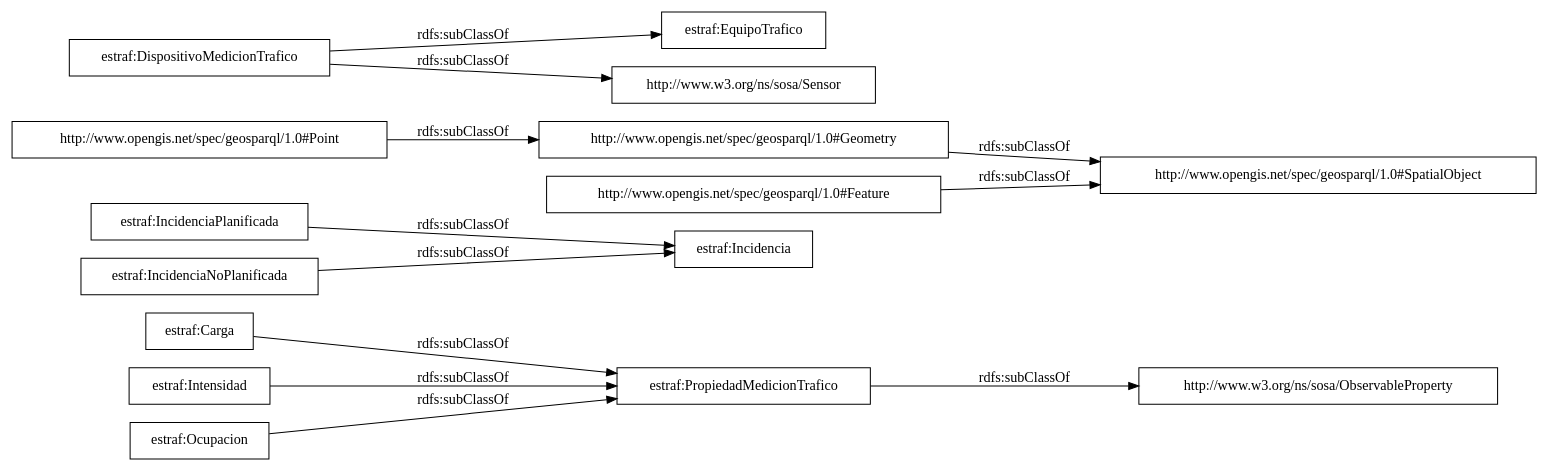
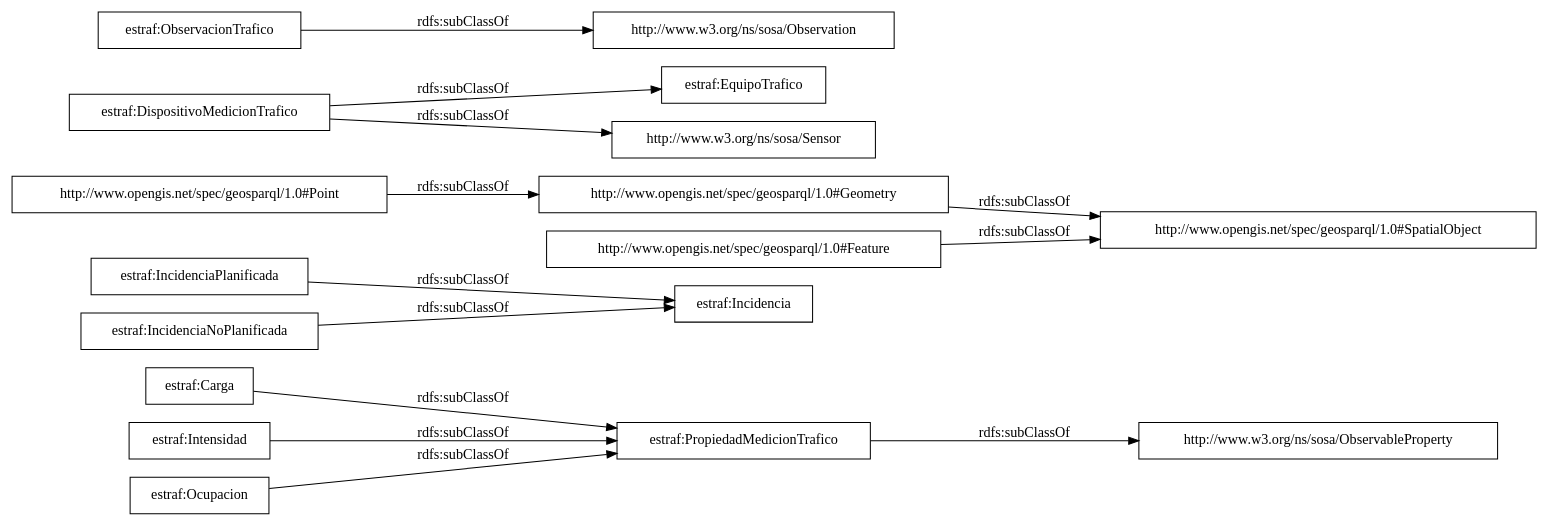
Before and after one commit to CiudadesAbiertas/vocab-transporte-trafico: the diagram in OnToology/Ontology/trafico.owl/diagrams/ar2dtool-taxonomy/trafico.owl.png.dot, drawn with Graphviz. The commit also changed 13 other files, not shown here.

```diff
--- a/OnToology/Ontology/trafico.owl/diagrams/ar2dtool-taxonomy/trafico.owl.png.dot
+++ b/OnToology/Ontology/trafico.owl/diagrams/ar2dtool-taxonomy/trafico.owl.png.dot
@@ -1,17 +1,18 @@
 digraph ar2dtool_diagram { 
 rankdir=LR;
 size="1000"
-node [shape = rectangle, color="black"]; "estraf:Carga" "http://www.w3.org/ns/sosa/ObservableProperty" "estraf:Incidencia" "http://www.opengis.net/spec/geosparql/1.0#SpatialObject" "estraf:PropiedadMedicionTrafico" "estraf:EquipoTrafico" "estraf:DispositivoMedicionTrafico" "http://www.opengis.net/spec/geosparql/1.0#Point" "estraf:Intensidad" "http://www.opengis.net/spec/geosparql/1.0#Geometry" "estraf:IncidenciaPlanificada" "http://www.w3.org/ns/sosa/Sensor" "estraf:Ocupacion" "estraf:IncidenciaNoPlanificada" "http://www.opengis.net/spec/geosparql/1.0#Feature" ; /*classes style*/
+node [shape = rectangle, color="black"]; "estraf:Carga" "http://www.w3.org/ns/sosa/ObservableProperty" "estraf:Incidencia" "http://www.opengis.net/spec/geosparql/1.0#SpatialObject" "estraf:PropiedadMedicionTrafico" "estraf:EquipoTrafico" "http://www.w3.org/ns/sosa/Observation" "estraf:DispositivoMedicionTrafico" "http://www.opengis.net/spec/geosparql/1.0#Point" "estraf:Intensidad" "http://www.opengis.net/spec/geosparql/1.0#Geometry" "estraf:IncidenciaPlanificada" "http://www.w3.org/ns/sosa/Sensor" "estraf:Ocupacion" "estraf:ObservacionTrafico" "estraf:IncidenciaNoPlanificada" "http://www.opengis.net/spec/geosparql/1.0#Feature" ; /*classes style*/
 	"http://www.opengis.net/spec/geosparql/1.0#Geometry" -> "http://www.opengis.net/spec/geosparql/1.0#SpatialObject" [ label = "rdfs:subClassOf" ];
 	"estraf:Carga" -> "estraf:PropiedadMedicionTrafico" [ label = "rdfs:subClassOf" ];
 	"estraf:IncidenciaNoPlanificada" -> "estraf:Incidencia" [ label = "rdfs:subClassOf" ];
 	"http://www.opengis.net/spec/geosparql/1.0#Point" -> "http://www.opengis.net/spec/geosparql/1.0#Geometry" [ label = "rdfs:subClassOf" ];
 	"estraf:Ocupacion" -> "estraf:PropiedadMedicionTrafico" [ label = "rdfs:subClassOf" ];
 	"estraf:IncidenciaPlanificada" -> "estraf:Incidencia" [ label = "rdfs:subClassOf" ];
+	"estraf:ObservacionTrafico" -> "http://www.w3.org/ns/sosa/Observation" [ label = "rdfs:subClassOf" ];
 	"http://www.opengis.net/spec/geosparql/1.0#Feature" -> "http://www.opengis.net/spec/geosparql/1.0#SpatialObject" [ label = "rdfs:subClassOf" ];
 	"estraf:PropiedadMedicionTrafico" -> "http://www.w3.org/ns/sosa/ObservableProperty" [ label = "rdfs:subClassOf" ];
 	"estraf:DispositivoMedicionTrafico" -> "http://www.w3.org/ns/sosa/Sensor" [ label = "rdfs:subClassOf" ];
 	"estraf:DispositivoMedicionTrafico" -> "estraf:EquipoTrafico" [ label = "rdfs:subClassOf" ];
 	"estraf:Intensidad" -> "estraf:PropiedadMedicionTrafico" [ label = "rdfs:subClassOf" ];
 
 }
```
